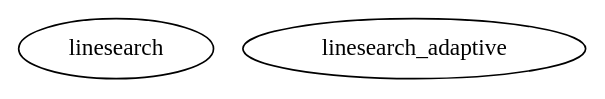
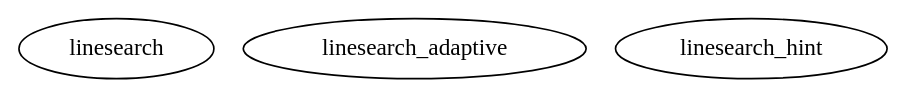
Before and after one commit to NicolasBoumal/manopt: the diagram in web/reference/manopt/solvers/linesearch/graph.dot, drawn with Graphviz. The commit also changed 222 other files, not shown here.

```diff
--- a/web/reference/manopt/solvers/linesearch/graph.dot
+++ b/web/reference/manopt/solvers/linesearch/graph.dot
@@ -1,6 +1,7 @@
 /* Created by mdot for Matlab */
 digraph m2html {
 
   linesearch [URL="linesearch.html"];
   linesearch_adaptive [URL="linesearch_adaptive.html"];
+  linesearch_hint [URL="linesearch_hint.html"];
 }
```
